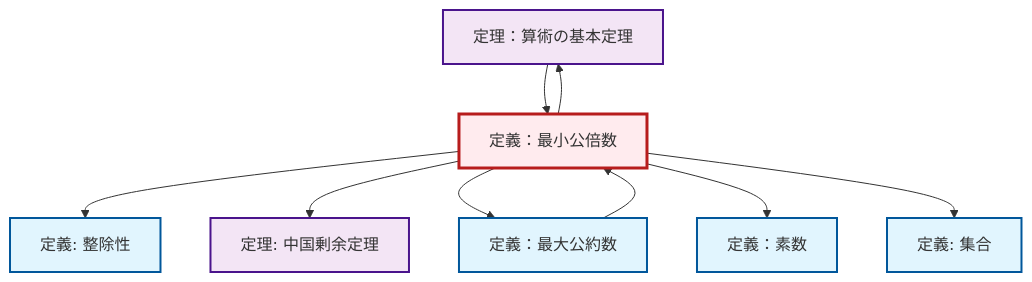
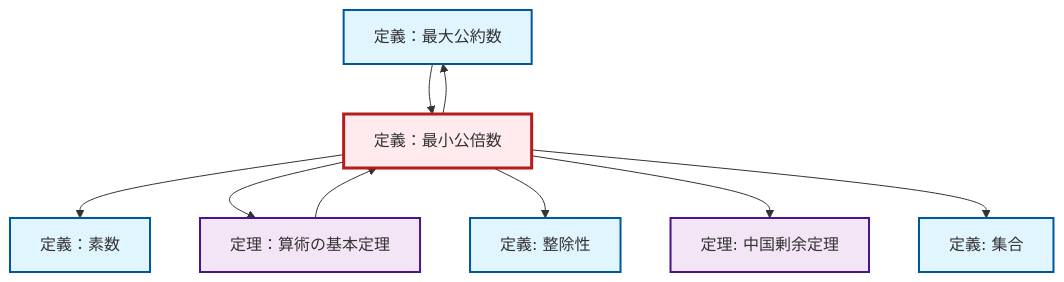
One commit to RK0429/ModernMath changed the diagram in content/ja/number-theory/def-lcm.qmd. Above: the diagram before and after it, drawn with Mermaid. The commit also changed other lines of this file and 1012 other files, not shown here.

````diff
--- a/content/ja/number-theory/def-lcm.qmd
+++ b/content/ja/number-theory/def-lcm.qmd
@@ -84,31 +84,31 @@
 ```{mermaid}
 %%| fig-cap: "Local dependency graph"
 graph TD
     classDef definition fill:#e1f5fe,stroke:#01579b,stroke-width:2px
     classDef theorem fill:#f3e5f5,stroke:#4a148c,stroke-width:2px
     classDef axiom fill:#fff3e0,stroke:#e65100,stroke-width:2px
     classDef example fill:#e8f5e9,stroke:#1b5e20,stroke-width:2px
     classDef current fill:#ffebee,stroke:#b71c1c,stroke-width:3px
+    def-gcd["定義：最大公約数"]:::definition
+    thm-chinese-remainder["定理: 中国剰余定理"]:::theorem
+    def-lcm["定義：最小公倍数"]:::definition
+    thm-fundamental-arithmetic["定理：算術の基本定理"]:::theorem
     def-divisibility["定義: 整除性"]:::definition
     def-set["定義: 集合"]:::definition
-    thm-fundamental-arithmetic["定理：算術の基本定理"]:::theorem
-    thm-chinese-remainder["定理: 中国剰余定理"]:::theorem
-    def-gcd["定義：最大公約数"]:::definition
-    def-lcm["定義：最小公倍数"]:::definition
     def-prime["定義：素数"]:::definition
-    thm-fundamental-arithmetic --> def-lcm
+    def-lcm --> def-prime
+    def-lcm --> def-gcd
+    def-lcm --> thm-fundamental-arithmetic
     def-lcm --> def-divisibility
     def-lcm --> thm-chinese-remainder
-    def-lcm --> def-gcd
-    def-lcm --> def-prime
+    thm-fundamental-arithmetic --> def-lcm
+    def-gcd --> def-lcm
     def-lcm --> def-set
-    def-lcm --> thm-fundamental-arithmetic
-    def-gcd --> def-lcm
     class def-lcm current
+    click def-gcd "def-gcd.html" "定義：最大公約数へ"
+    click thm-chinese-remainder "thm-chinese-remainder.html" "中国剰余定理の定理へ"
+    click thm-fundamental-arithmetic "thm-fundamental-arithmetic.html" "定理：算術の基本定理へ"
     click def-divisibility "def-divisibility.html" "整除性の定義へ"
     click def-set "def-set.html" "集合の定義へ"
-    click thm-fundamental-arithmetic "thm-fundamental-arithmetic.html" "定理：算術の基本定理へ"
-    click thm-chinese-remainder "thm-chinese-remainder.html" "中国剰余定理の定理へ"
-    click def-gcd "def-gcd.html" "定義：最大公約数へ"
     click def-prime "def-prime.html" "定義：素数へ"
 ```
````
